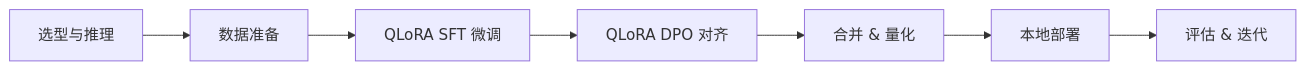
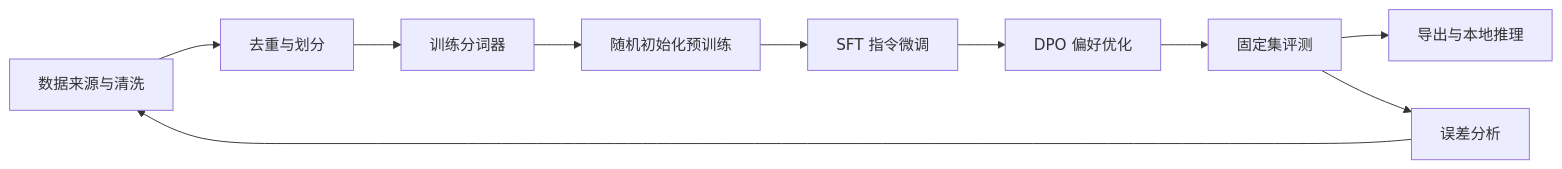
The diagram in src/content/posts/2026-07-08-1B模型全链路实验计划.md (meiluosi/meiluosi.github.io), drawn with Mermaid before and after one commit. The commit also changed other lines of this file and 245 other files, not shown here.

````diff
--- a/src/content/posts/2026-07-08-1B模型全链路实验计划.md
+++ b/src/content/posts/2026-07-08-1B模型全链路实验计划.md
@@ -68,9 +35,12 @@
 ```mermaid
-graph LR
-    A[选型与推理] --> B[数据准备]
-    B --> C[QLoRA SFT 微调]
-    C --> D[QLoRA DPO 对齐]
-    D --> E[合并 & 量化]
-    E --> F[本地部署]
-    F --> G[评估 & 迭代]
+flowchart LR
+    A[数据来源与清洗] --> B[去重与划分]
+    B --> C[训练分词器]
+    C --> D[随机初始化预训练]
+    D --> E[SFT 指令微调]
+    E --> F[DPO 偏好优化]
+    F --> G[固定集评测]
+    G --> H[导出与本地推理]
+    G --> I[误差分析]
+    I --> A
 ```
````
